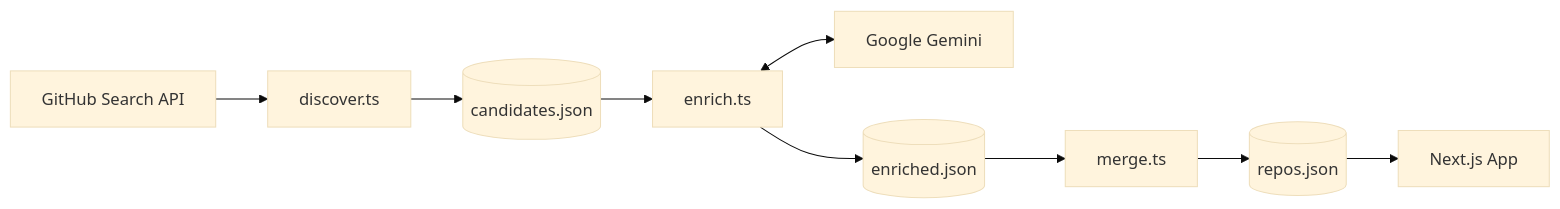
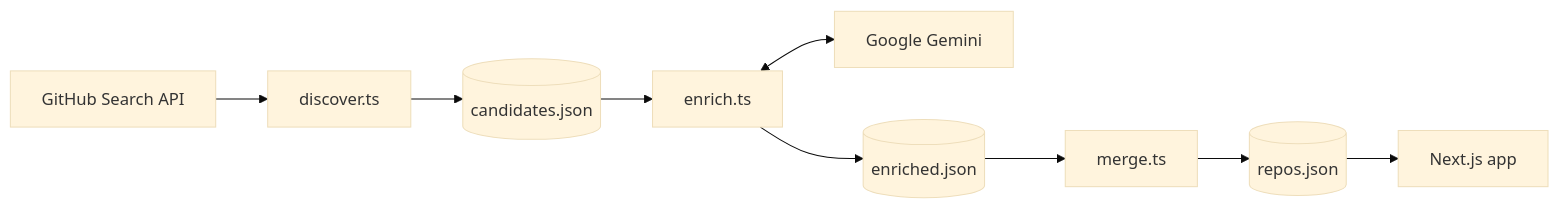
The first of 3 diagrams in README.md (apilP77/Claude-code-compass), drawn with Mermaid (base theme) before and after one commit. The commit also changed other lines of this file and 6 other files, not shown here.

````diff
--- a/README.md
+++ b/README.md
@@ -53,11 +75,11 @@
 ```mermaid
 flowchart LR
     GH[GitHub Search API] --> D[discover.ts]
     D --> C[(candidates.json)]
     C --> E[enrich.ts]
     E <--> G[Google Gemini]
     E --> N[(enriched.json)]
     N --> M[merge.ts]
     M --> R[(repos.json)]
-    R --> UI[Next.js App]
+    R --> UI[Next.js app]
 ```
````
